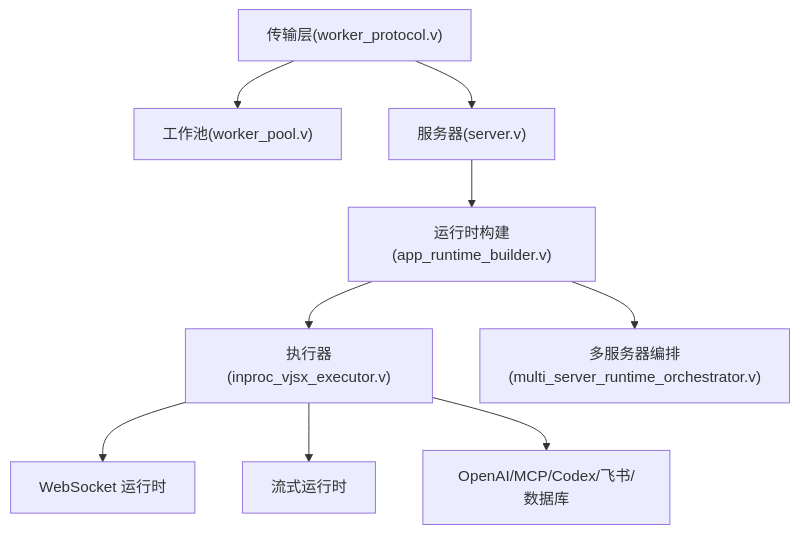
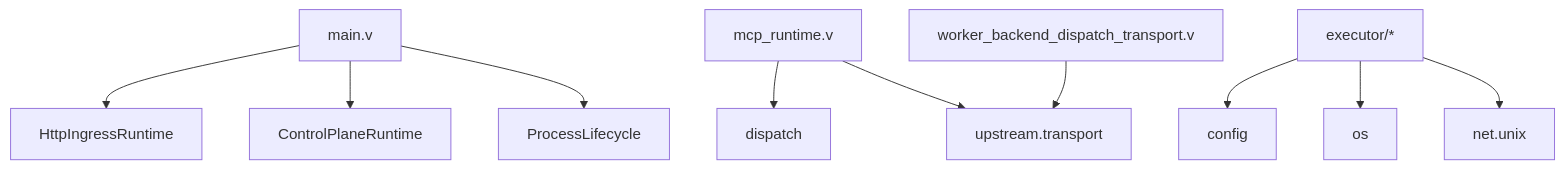
One commit to guweigang/vhttpd changed the sixth of 6 diagrams in .qoder/repowiki/zh/content/项目概述/项目概述.md. Above: the diagram before and after it, drawn with Mermaid. The commit also changed other lines of this file and 697 other files, not shown here.

````diff
--- a/.qoder/repowiki/zh/content/项目概述/项目概述.md
+++ b/.qoder/repowiki/zh/content/项目概述/项目概述.md
@@ -401,11 +274,12 @@
 ```mermaid
 graph TB
-TP["传输层(worker_protocol.v)"] --> WP["工作池(worker_pool.v)"]
-TP --> SRV["服务器(server.v)"]
-SRV --> ARB["运行时构建(app_runtime_builder.v)"]
-ARB --> EXE["执行器(inproc_vjsx_executor.v)"]
-EXE --> RT1["WebSocket 运行时"]
-EXE --> RT2["流式运行时"]
-EXE --> RT3["OpenAI/MCP/Codex/飞书/数据库"]
-ARB --> MS["多服务器编排(multi_server_runtime_orchestrator.v)"]
+M["main.v"] --> IR["HttpIngressRuntime"]
+M --> CP["ControlPlaneRuntime"]
+M --> PL["ProcessLifecycle"]
+MC["mcp_runtime.v"] --> DIS["dispatch"]
+MC --> TR["upstream.transport"]
+EX["executor/*"] --> CFG["config"]
+EX --> OS["os"]
+EX --> NET["net.unix"]
+WB["worker_backend_dispatch_transport.v"] --> TR
 ```
````
